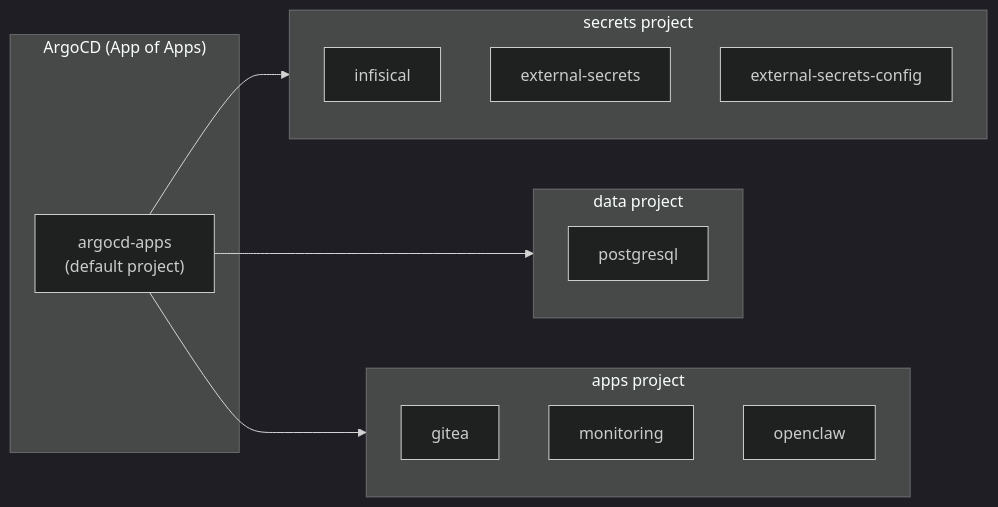
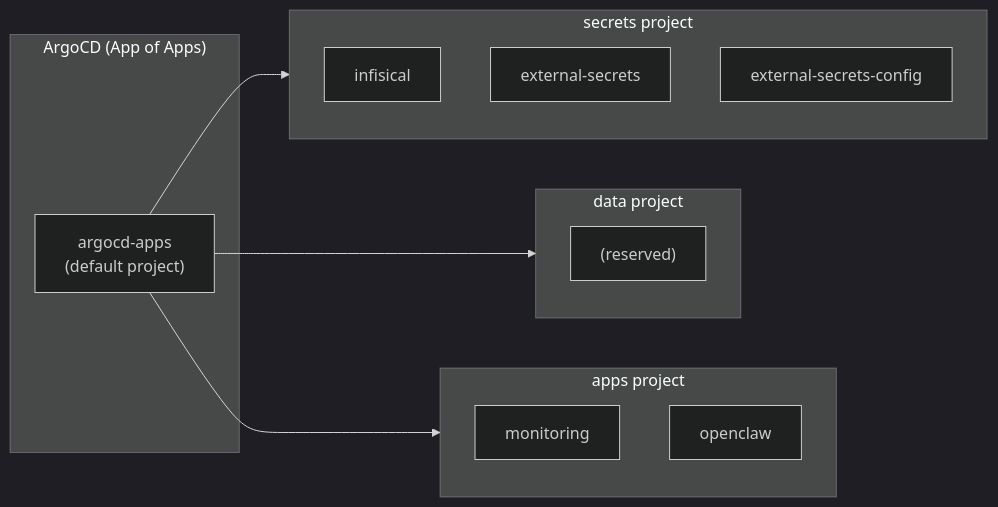
One commit to haingth77/homelab changed the second of 5 diagrams in k8s/apps/openclaw/README.md. Above: the diagram before and after it, drawn with Mermaid (dark theme). The commit also changed 11 other files, not shown here.

````diff
--- a/k8s/apps/openclaw/README.md
+++ b/k8s/apps/openclaw/README.md
@@ -96,26 +96,25 @@
 ```mermaid
 flowchart LR
     subgraph argocd["ArgoCD (App of Apps)"]
         RootApp["argocd-apps\n(default project)"]
     end
 
     subgraph secretsProj["secrets project"]
         Infisical["infisical"]
         ESO["external-secrets"]
         ESOConfig["external-secrets-config"]
     end
 
     subgraph dataProj["data project"]
-        PG["postgresql"]
+        DataPlaceholder["(reserved)"]
     end
 
     subgraph appsProj["apps project"]
-        Gitea["gitea"]
         Mon["monitoring"]
         OC["openclaw"]
     end
 
     RootApp --> secretsProj
     RootApp --> dataProj
     RootApp --> appsProj
 ```
````
